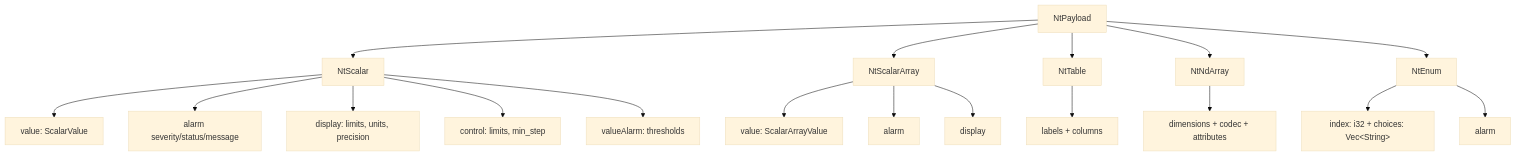
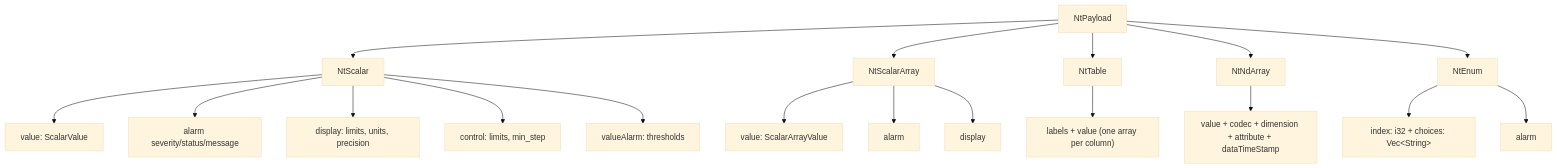
The diagram in docs/book/src/01-fundamentals/normative-types.md (ISISNeutronMuon/spvirit), drawn with Mermaid (base theme) before and after one commit. The commit also changed other lines of this file and 50 other files, not shown here.

````diff
--- a/docs/book/src/01-fundamentals/normative-types.md
+++ b/docs/book/src/01-fundamentals/normative-types.md
@@ -17,24 +19,24 @@
 ```mermaid
 flowchart TD
     NTP["NtPayload"]
     NTP --> NTS["NtScalar"]
     NTP --> NTSA["NtScalarArray"]
     NTP --> NTT["NtTable"]
     NTP --> NTNA["NtNdArray"]
     NTP --> NTE["NtEnum"]
 
     NTS --> V1["value: ScalarValue"]
     NTS --> A1["alarm severity/status/message"]
     NTS --> D1["display: limits, units, precision"]
     NTS --> C1["control: limits, min_step"]
     NTS --> VA1["valueAlarm: thresholds"]
 
     NTSA --> V2["value: ScalarArrayValue"]
     NTSA --> A2["alarm"]
     NTSA --> D2["display"]
 
-    NTT --> L["labels + columns"]
-    NTNA --> DIM["dimensions + codec + attributes"]
+    NTT --> L["labels + value (one array per column)"]
+    NTNA --> DIM["value + codec + dimension + attribute + dataTimeStamp"]
     NTE --> V3["index: i32 + choices: Vec&lt;String&gt;"]
     NTE --> A3["alarm"]
 ```
````
